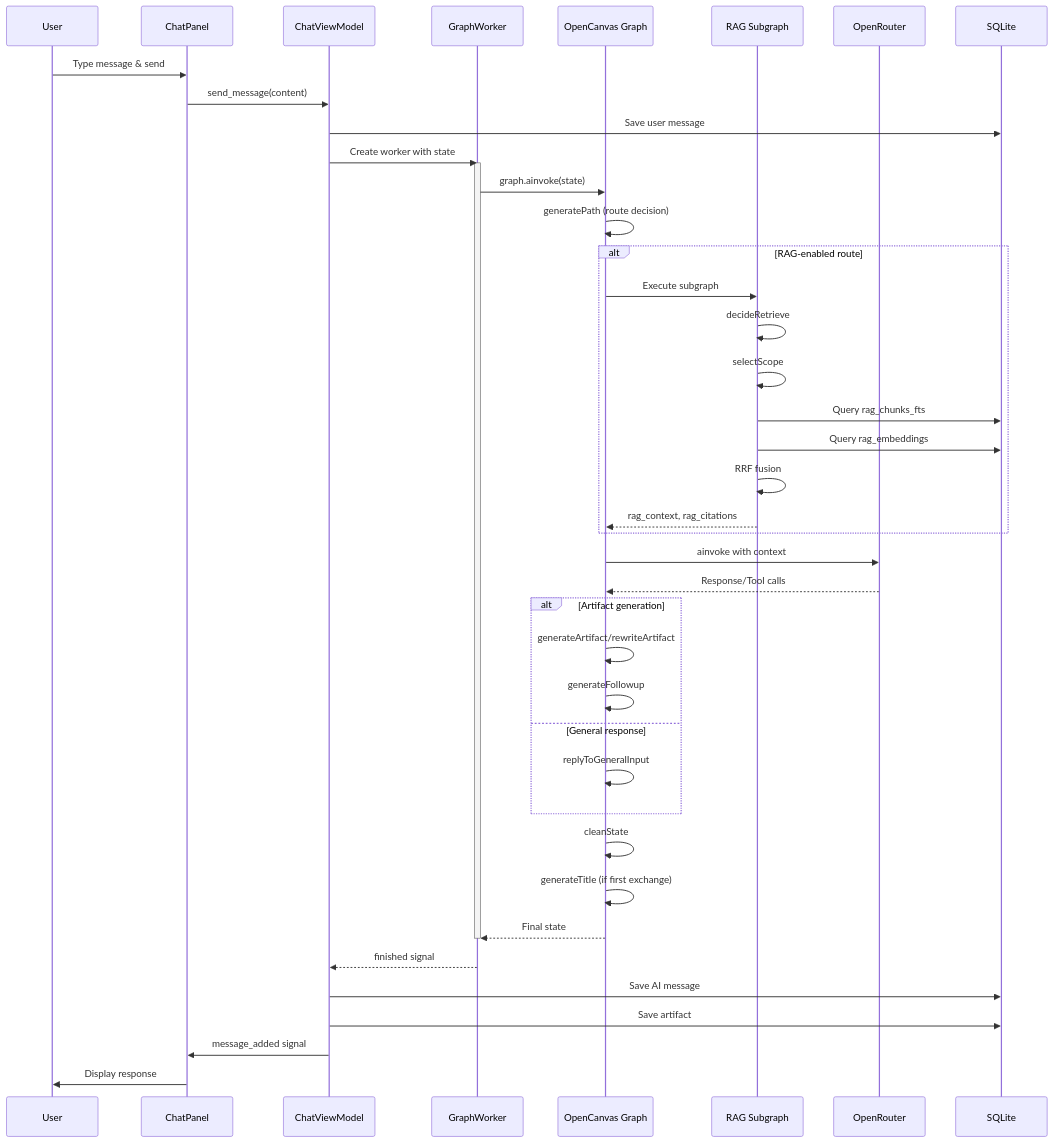
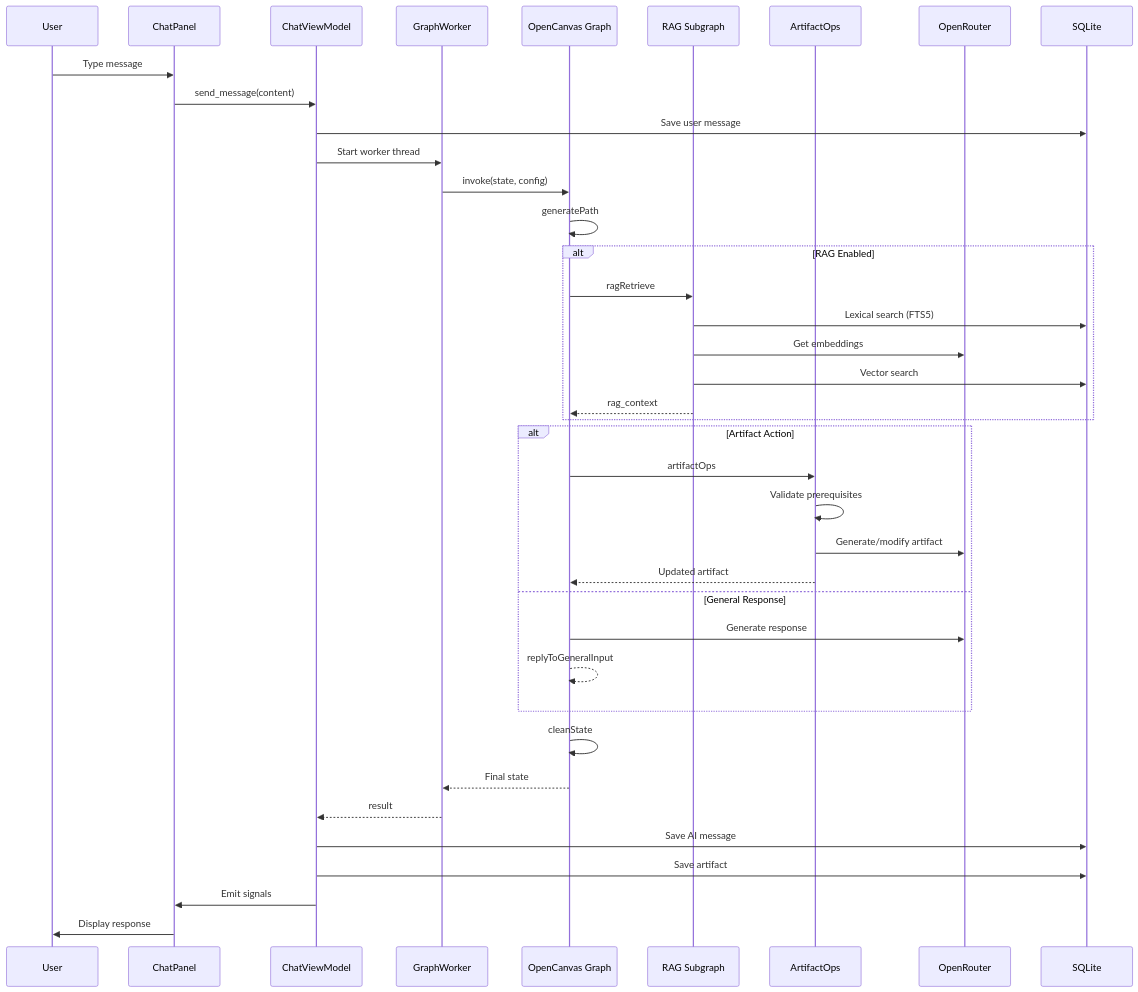
Before and after one commit to Mariano17omega/attractor-desk-alpha: the eighth of 9 diagrams in report.md, drawn with Mermaid. The commit also changed other lines of this file and 32 other files, not shown here.

````diff
--- a/report.md
+++ b/report.md
@@ -433,53 +412,46 @@
 ```mermaid
 sequenceDiagram
     participant U as User
     participant UI as ChatPanel
     participant VM as ChatViewModel
     participant GW as GraphWorker
     participant G as OpenCanvas Graph
     participant RAG as RAG Subgraph
+    participant AO as ArtifactOps
     participant LLM as OpenRouter
     participant DB as SQLite
     
-    U->>UI: Type message & send
+    U->>UI: Type message
     UI->>VM: send_message(content)
     VM->>DB: Save user message
-    VM->>GW: Create worker with state
+    VM->>GW: Start worker thread
     
-    activate GW
-    GW->>G: graph.ainvoke(state)
+    GW->>G: invoke(state, config)
+    G->>G: generatePath
     
-    G->>G: generatePath (route decision)
-    
-    alt RAG-enabled route
-        G->>RAG: Execute subgraph
-        RAG->>RAG: decideRetrieve
-        RAG->>RAG: selectScope
-        RAG->>DB: Query rag_chunks_fts
-        RAG->>DB: Query rag_embeddings
-        RAG->>RAG: RRF fusion
-        RAG-->>G: rag_context, rag_citations
+    alt RAG Enabled
+        G->>RAG: ragRetrieve
+        RAG->>DB: Lexical search (FTS5)
+        RAG->>LLM: Get embeddings
+        RAG->>DB: Vector search
+        RAG-->>G: rag_context
     end
     
-    G->>LLM: ainvoke with context
-    LLM-->>G: Response/Tool calls
-    
-    alt Artifact generation
-        G->>G: generateArtifact/rewriteArtifact
-        G->>G: generateFollowup
-    else General response
-        G->>G: replyToGeneralInput
+    alt Artifact Action
+        G->>AO: artifactOps
+        AO->>AO: Validate prerequisites
+        AO->>LLM: Generate/modify artifact
+        AO-->>G: Updated artifact
+    else General Response
+        G->>LLM: Generate response
+        G-->>G: replyToGeneralInput
     end
     
     G->>G: cleanState
-    G->>G: generateTitle (if first exchange)
-    
     G-->>GW: Final state
-    deactivate GW
-    
-    GW-->>VM: finished signal
+    GW-->>VM: result
     VM->>DB: Save AI message
     VM->>DB: Save artifact
-    VM->>UI: message_added signal
+    VM->>UI: Emit signals
     UI->>U: Display response
 ```
````
